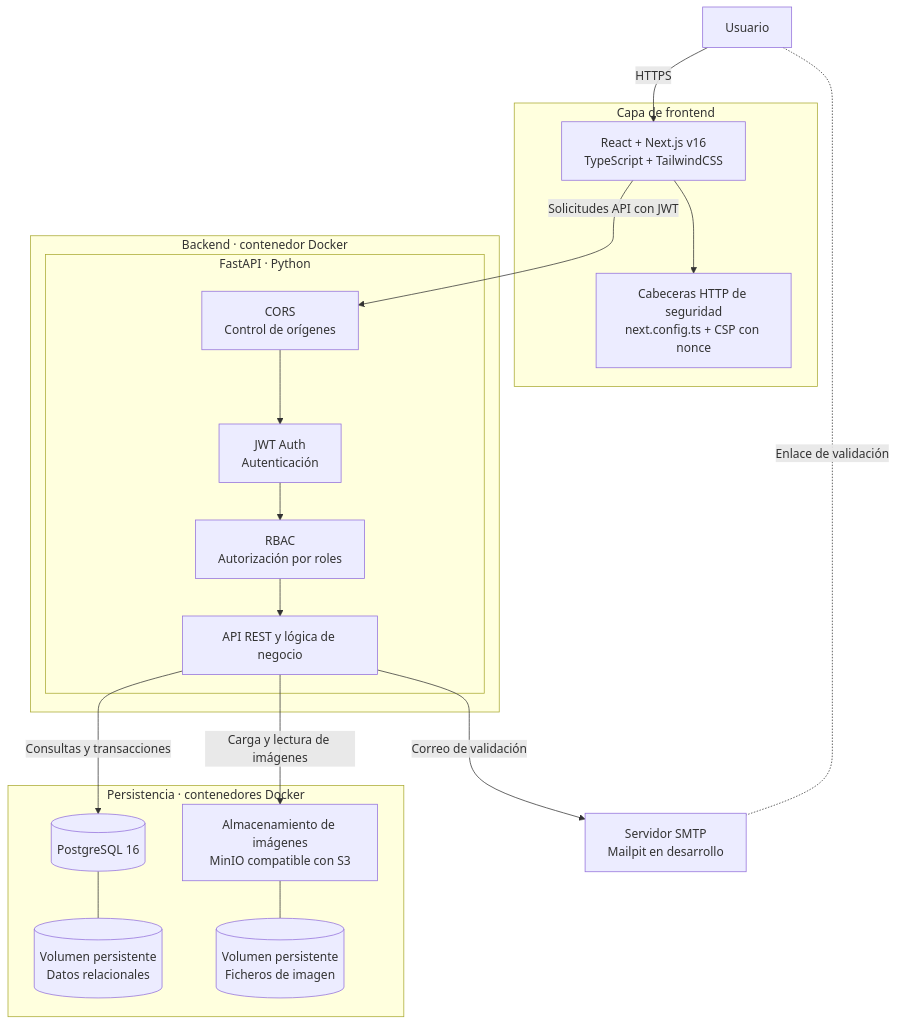
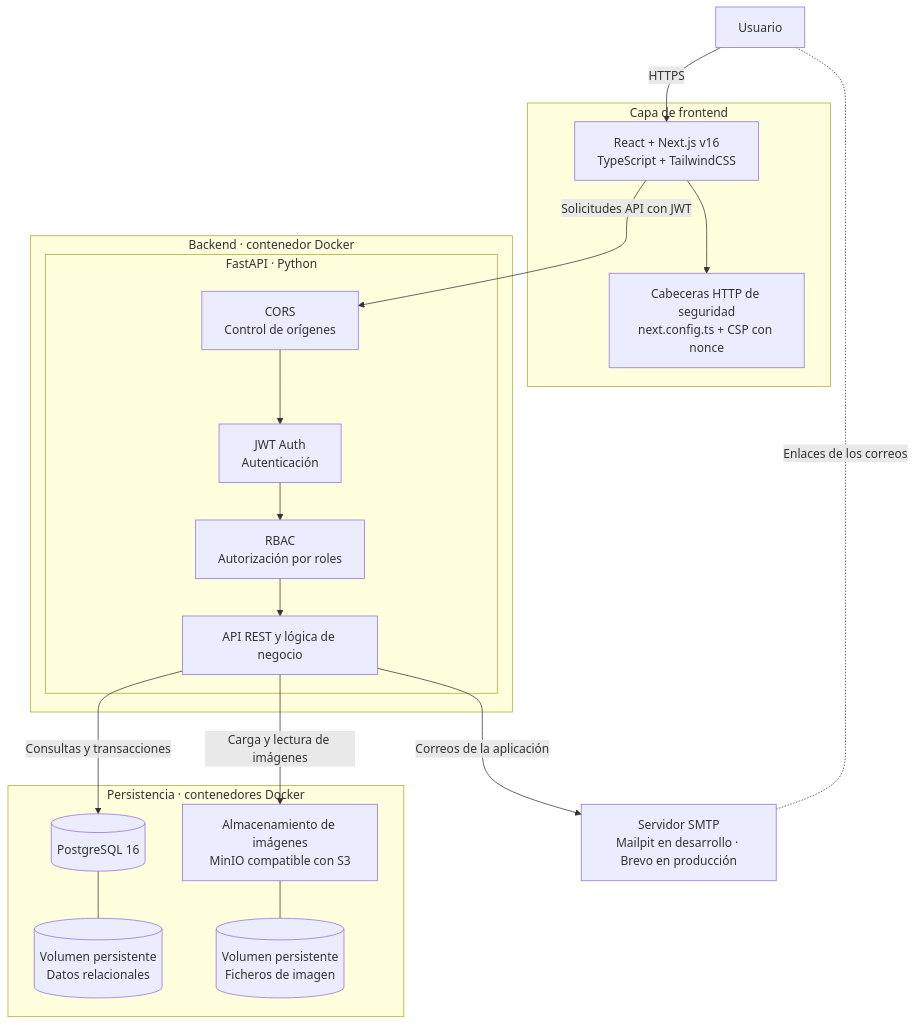
One commit to serfer2/entrevecinos changed the first of 4 diagrams in readme.md. Above: the diagram before and after it, drawn with Mermaid. The commit also changed other lines of this file and 4 other files, not shown here.

````diff
--- a/readme.md
+++ b/readme.md
@@ -269,39 +266,39 @@
 ```mermaid
 flowchart TB
     U["Usuario"]
 
     subgraph FE["Capa de frontend"]
         NEXT["React + Next.js v16<br/>TypeScript + TailwindCSS"]
         HEADERS["Cabeceras HTTP de seguridad<br/>next.config.ts + CSP con nonce"]
         NEXT --> HEADERS
     end
 
     subgraph BE["Backend · contenedor Docker"]
         subgraph FASTAPI["FastAPI · Python"]
             CORS["CORS<br/>Control de orígenes"]
             JWT["JWT Auth<br/>Autenticación"]
             RBAC["RBAC<br/>Autorización por roles"]
             API["API REST y lógica de negocio"]
             CORS --> JWT --> RBAC --> API
         end
     end
 
     subgraph DATA["Persistencia · contenedores Docker"]
         DB[("PostgreSQL 16")]
         DBVOL[("Volumen persistente<br/>Datos relacionales")]
         DB --- DBVOL
 
         IMG["Almacenamiento de imágenes<br/>MinIO compatible con S3"]
         IMGVOL[("Volumen persistente<br/>Ficheros de imagen")]
         IMG --- IMGVOL
     end
 
-    SMTP["Servidor SMTP<br/>Mailpit en desarrollo"]
+    SMTP["Servidor SMTP<br/>Mailpit en desarrollo · Brevo en producción"]
 
     U -->|"HTTPS"| NEXT
     NEXT -->|"Solicitudes API con JWT"| CORS
     API -->|"Consultas y transacciones"| DB
     API -->|"Carga y lectura de imágenes"| IMG
-    API -->|"Correo de validación"| SMTP
-    U <-.-|"Enlace de validación"| SMTP
+    API -->|"Correos de la aplicación"| SMTP
+    U <-.-|"Enlaces de los correos"| SMTP
 ```
````
